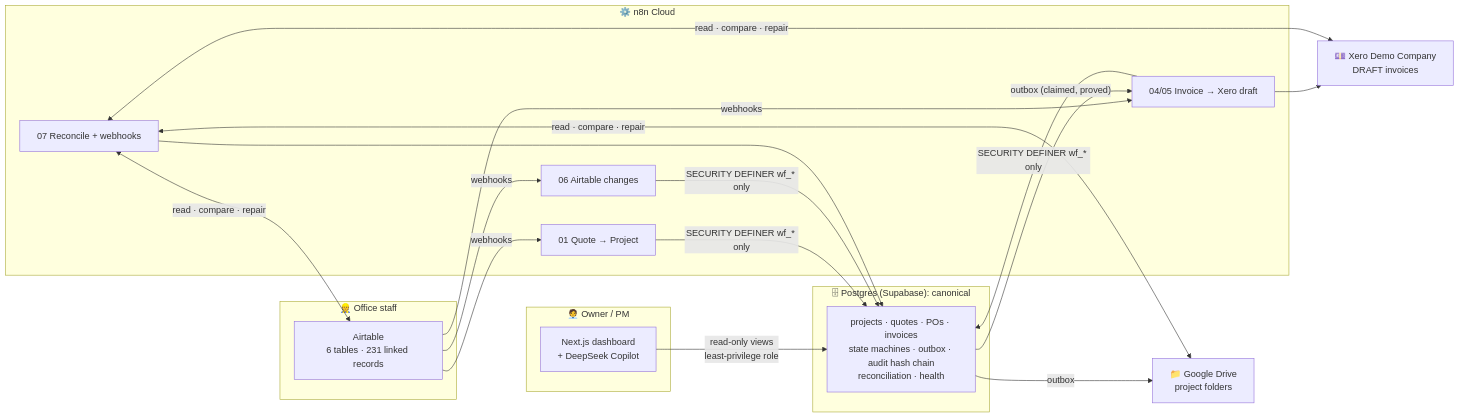
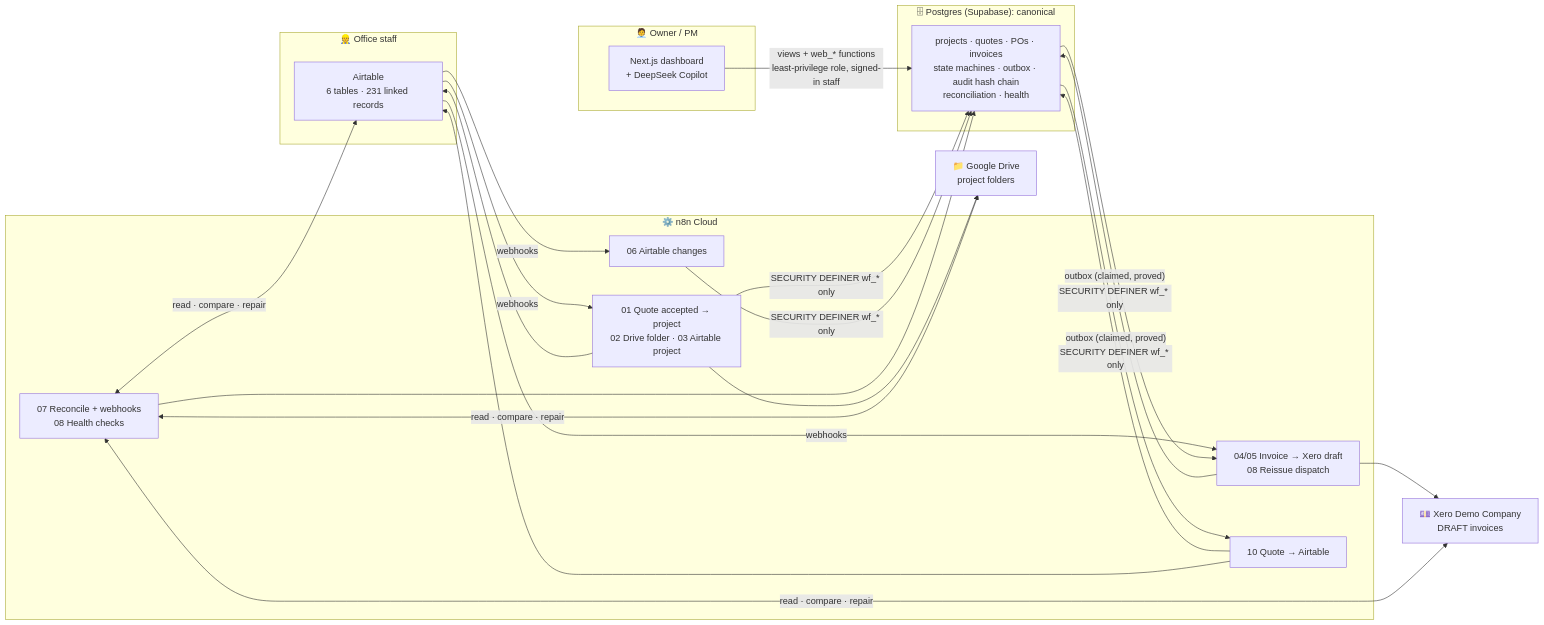
One commit to Tejesh080/Roofops changed the diagram in README.md. Above: the diagram before and after it, drawn with Mermaid. The commit also changed other lines of this file, not shown here.

````diff
--- a/README.md
+++ b/README.md
@@ -131,29 +147,31 @@
 ```mermaid
 flowchart LR
     subgraph Staff["👷 Office staff"]
         AT["Airtable<br/>6 tables · 231 linked records"]
     end
     subgraph Owner["🧑‍💼 Owner / PM"]
         WEB["Next.js dashboard<br/>+ DeepSeek Copilot"]
     end
     subgraph Control["🗄 Postgres (Supabase): canonical"]
         PG["projects · quotes · POs · invoices<br/>state machines · outbox · audit hash chain<br/>reconciliation · health"]
     end
     subgraph Orchestration["⚙️ n8n Cloud"]
-        N1["01 Quote → Project"]
+        N1["01 Quote accepted → project<br/>02 Drive folder · 03 Airtable project"]
         N6["06 Airtable changes"]
-        N4["04/05 Invoice → Xero draft"]
-        N7["07 Reconcile + webhooks"]
+        N4["04/05 Invoice → Xero draft<br/>08 Reissue dispatch"]
+        N10["10 Quote → Airtable"]
+        N7["07 Reconcile + webhooks<br/>08 Health checks"]
     end
     DRIVE["📁 Google Drive<br/>project folders"]
     XERO["💷 Xero Demo Company<br/>DRAFT invoices"]
 
     AT -- webhooks --> N1 & N6 & N4
-    N1 & N6 & N4 -- "SECURITY DEFINER wf_* only" --> PG
-    PG -- "outbox (claimed, proved)" --> N4
+    N1 & N6 & N4 & N10 -- "SECURITY DEFINER wf_* only" --> PG
+    PG -- "outbox (claimed, proved)" --> N4 & N10
     N4 --> XERO
-    PG -- outbox --> DRIVE
+    N10 --> AT
+    N1 --> DRIVE & AT
     N7 <-- "read · compare · repair" --> AT & DRIVE & XERO
     N7 --> PG
-    WEB -- "read-only views<br/>least-privilege role" --> PG
+    WEB -- "views + web_* functions<br/>least-privilege role, signed-in staff" --> PG
 ```
````
